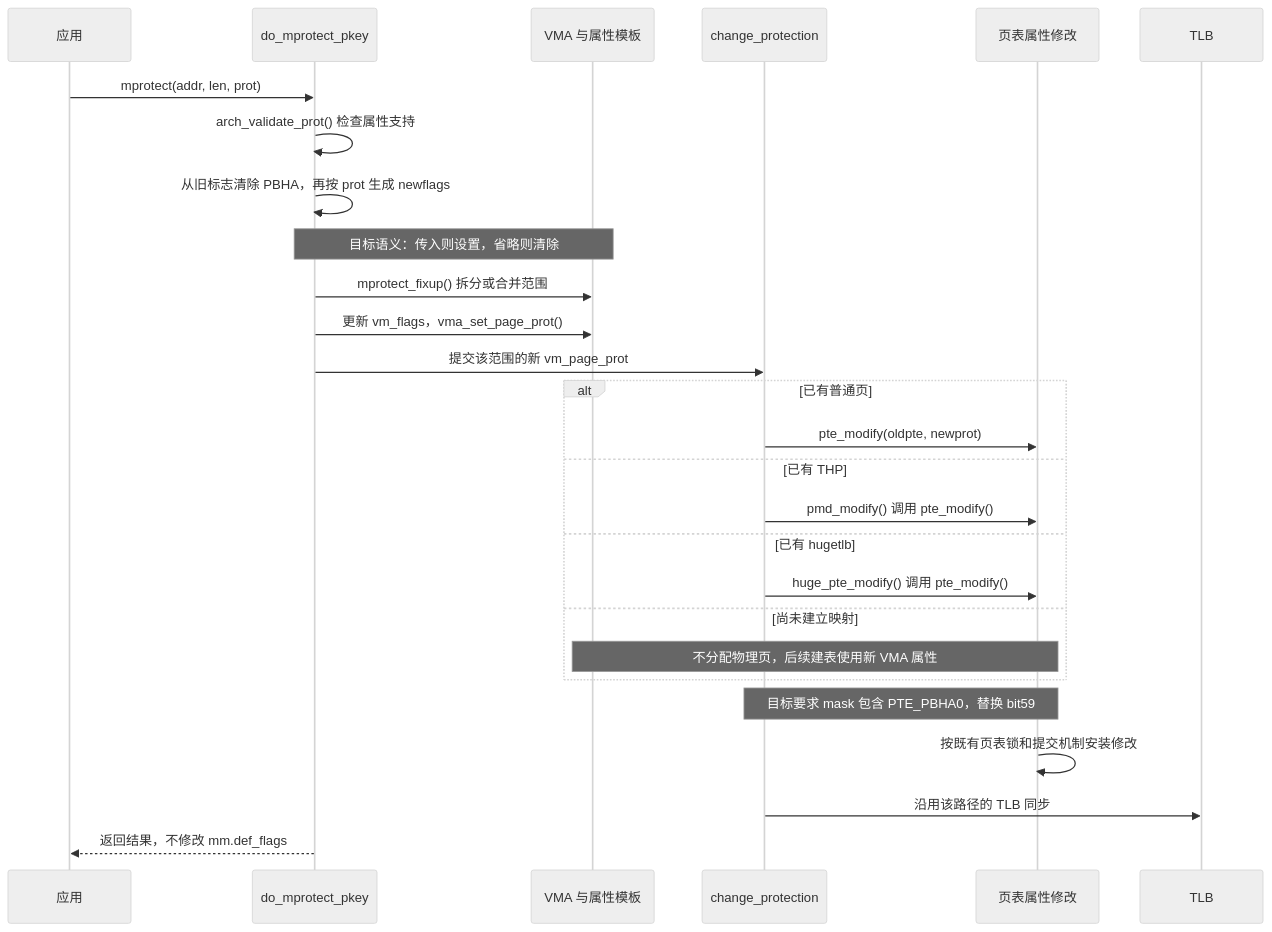
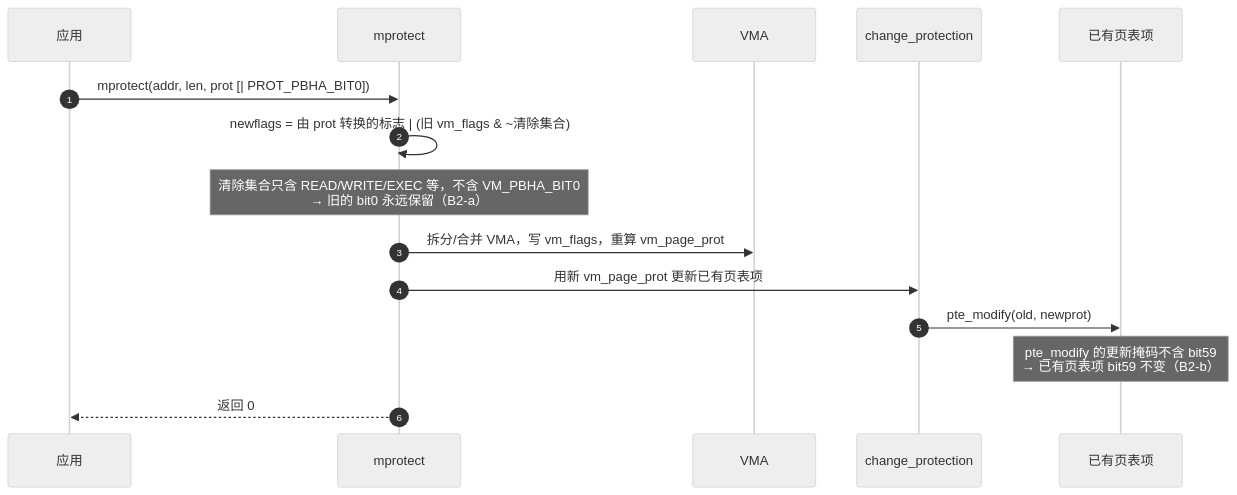
One commit to xpzgg/llm-archive changed the fifth of 6 diagrams in PBHA特性设计说明书.md. Above: the diagram before and after it, drawn with Mermaid (neutral theme). The commit also changed other lines of this file, not shown here.

First line of the commit message:
docs: 重写 PBHA 设计说明书，按流程给出时序图与测试要点

````diff
--- a/PBHA特性设计说明书.md
+++ b/PBHA特性设计说明书.md
@@ -383,29 +254,18 @@
 ```mermaid
 sequenceDiagram
+    autonumber
     participant APP as 应用
-    participant MP as do_mprotect_pkey
-    participant VMA as VMA 与属性模板
-    participant CHANGE as change_protection
-    participant PT as 页表属性修改
-    participant TLB as TLB
-    APP->>MP: mprotect(addr, len, prot)
-    MP->>MP: arch_validate_prot() 检查属性支持
-    MP->>MP: 从旧标志清除 PBHA，再按 prot 生成 newflags
-    Note over MP,VMA: 目标语义：传入则设置，省略则清除
-    MP->>VMA: mprotect_fixup() 拆分或合并范围
-    MP->>VMA: 更新 vm_flags，vma_set_page_prot()
-    MP->>CHANGE: 提交该范围的新 vm_page_prot
-    alt 已有普通页
-        CHANGE->>PT: pte_modify(oldpte, newprot)
-    else 已有 THP
-        CHANGE->>PT: pmd_modify() 调用 pte_modify()
-    else 已有 hugetlb
-        CHANGE->>PT: huge_pte_modify() 调用 pte_modify()
-    else 尚未建立映射
-        Note over VMA,PT: 不分配物理页，后续建表使用新 VMA 属性
-    end
-    Note over CHANGE,PT: 目标要求 mask 包含 PTE_PBHA0，替换 bit59
-    PT->>PT: 按既有页表锁和提交机制安装修改
-    CHANGE->>TLB: 沿用该路径的 TLB 同步
-    MP-->>APP: 返回结果，不修改 mm.def_flags
+    participant MP as mprotect
+    participant VMA as VMA
+    participant CP as change_protection
+    participant PT as 已有页表项
+
+    APP->>MP: mprotect(addr, len, prot [| PROT_PBHA_BIT0])
+    MP->>MP: newflags = 由 prot 转换的标志 | (旧 vm_flags & ~清除集合)
+    Note over MP: 清除集合只含 READ/WRITE/EXEC 等，不含 VM_PBHA_BIT0<br/>→ 旧的 bit0 永远保留（B2-a）
+    MP->>VMA: 拆分/合并 VMA，写 vm_flags，重算 vm_page_prot
+    MP->>CP: 用新 vm_page_prot 更新已有页表项
+    CP->>PT: pte_modify(old, newprot)
+    Note over PT: pte_modify 的更新掩码不含 bit59<br/>→ 已有页表项 bit59 不变（B2-b）
+    MP-->>APP: 返回 0
 ```
````
